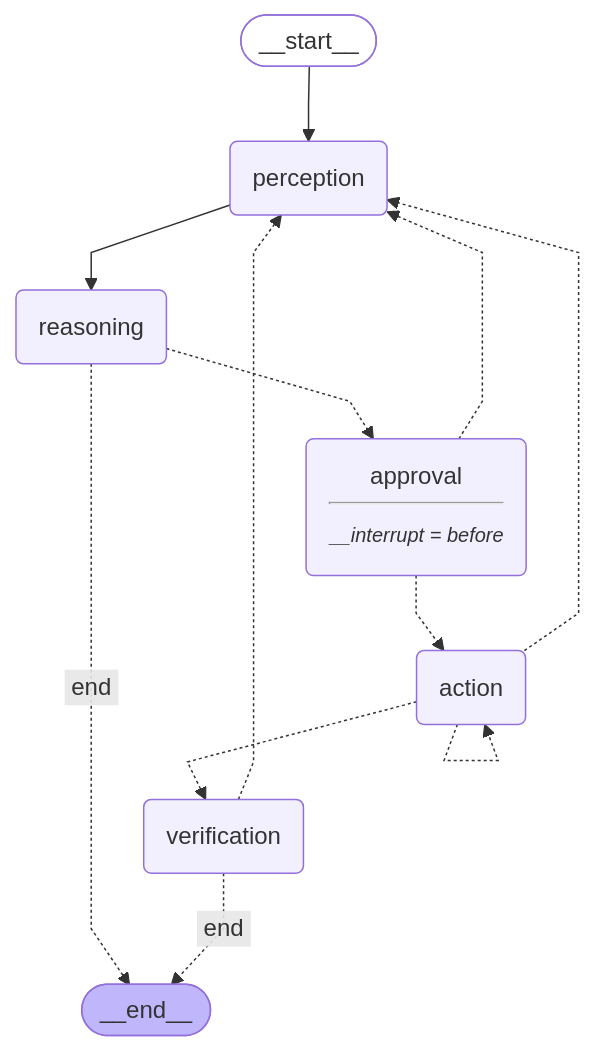
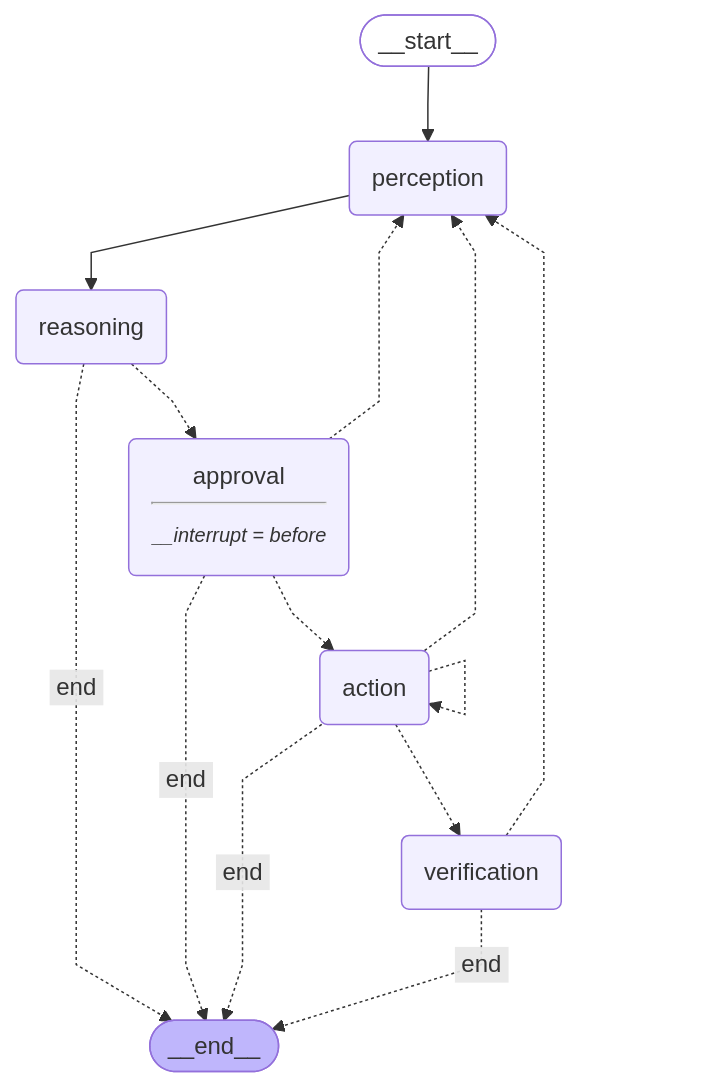
The diagram in workflow.mmd (Youssef-Hossam2274/inspace-desktop), drawn with Mermaid before and after one commit. The commit also changed 8 other files, not shown here.

```diff
--- a/workflow.mmd
+++ b/workflow.mmd
@@ -1,23 +1,25 @@
 %%{init: {'flowchart': {'curve': 'linear'}}}%%
 graph TD;
 	__start__([<p>__start__</p>]):::first
 	perception(perception)
 	reasoning(reasoning)
 	approval(approval<hr/><small><em>__interrupt = before</em></small>)
 	action(action)
 	verification(verification)
 	__end__([<p>__end__</p>]):::last
 	__start__ --> perception;
 	perception --> reasoning;
 	reasoning -.-> approval;
 	reasoning -. &nbsp;end&nbsp; .-> __end__;
 	approval -.-> action;
 	approval -.-> perception;
+	approval -. &nbsp;end&nbsp; .-> __end__;
 	action -.-> verification;
 	action -.-> perception;
+	action -. &nbsp;end&nbsp; .-> __end__;
 	verification -.-> perception;
 	verification -. &nbsp;end&nbsp; .-> __end__;
 	action -.-> action;
 	classDef default fill:#f2f0ff,line-height:1.2;
 	classDef first fill-opacity:0;
 	classDef last fill:#bfb6fc;
```
